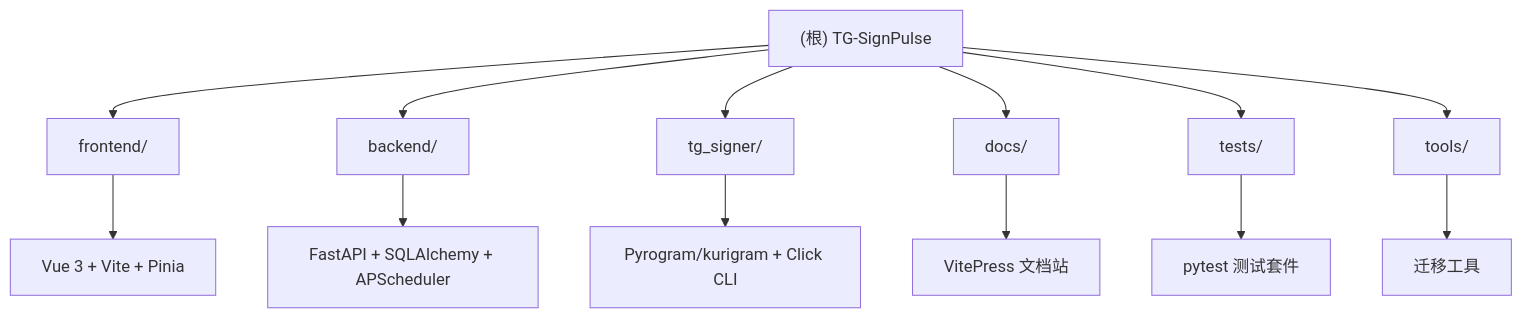
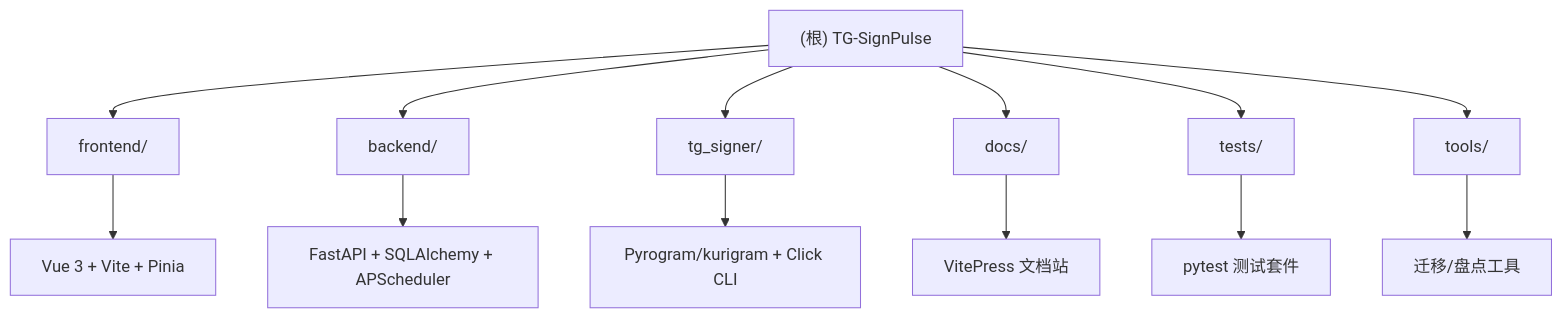
One commit to Silentely/TG-SignPulse changed the diagram in CLAUDE.md. Above: the diagram before and after it, drawn with Mermaid. The commit also changed other lines of this file and 9 other files, not shown here.

````diff
--- a/CLAUDE.md
+++ b/CLAUDE.md
@@ -40,18 +17,21 @@
 ```mermaid
 graph TD
     A["(根) TG-SignPulse"] --> B["frontend/"];
     A --> C["backend/"];
     A --> D["tg_signer/"];
     A --> E["docs/"];
     A --> F["tests/"];
     A --> G["tools/"];
     B --> B1["Vue 3 + Vite + Pinia"];
     C --> C2["FastAPI + SQLAlchemy + APScheduler"];
     D --> D3["Pyrogram/kurigram + Click CLI"];
     E --> E4["VitePress 文档站"];
     F --> F1["pytest 测试套件"];
-    G --> G2["迁移工具"];
+    G --> G2["迁移/盘点工具"];
 
     click B "./frontend/CLAUDE.md" "查看 frontend 模块文档"
     click C "./backend/CLAUDE.md" "查看 backend 模块文档"
+    click D "./tg_signer/CLAUDE.md" "查看 tg_signer 模块文档"
+    click E "./docs/CLAUDE.md" "查看 docs 模块文档"
+    click F "./tests/CLAUDE.md" "查看 tests 模块文档"
 ```
````
